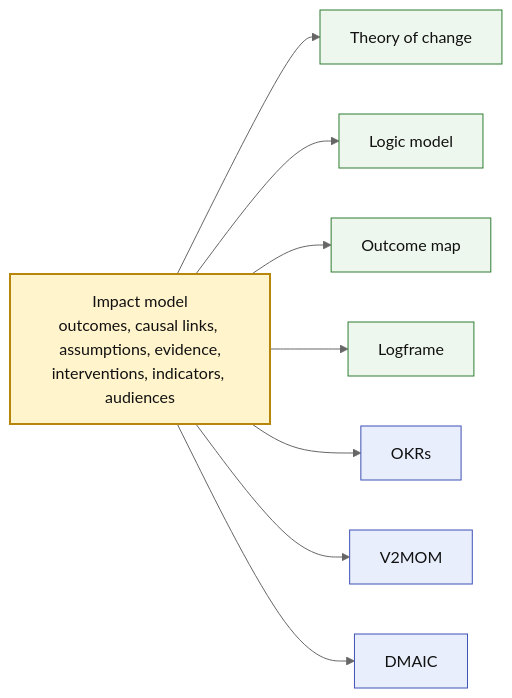
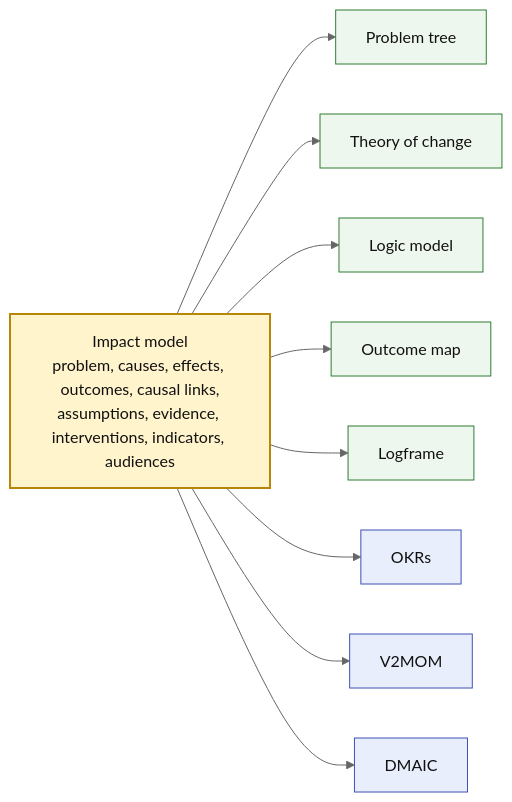
The first of 4 diagrams in README.md (ProductBuildersHQ/theoryofchange-spec), drawn with Mermaid (neutral theme) before and after one commit. The commit also changed other lines of this file and 1 other file, not shown here.

````diff
--- a/README.md
+++ b/README.md
@@ -35,16 +35,16 @@
 ```mermaid
 flowchart LR
   classDef model fill:#fff4cc,stroke:#b8860b,stroke-width:2px,color:#111
   classDef method fill:#eef7ee,stroke:#2e7d32,color:#111
   classDef strategy fill:#e8eefc,stroke:#3f51b5,color:#111
-  classDef planned fill:#f3f3f3,stroke:#757575,stroke-dasharray:4 3,color:#111
 
-  im["Impact model<br/>outcomes, causal links, assumptions, evidence,<br/>interventions, indicators, audiences"]:::model
+  im["Impact model<br/>problem, causes, effects, outcomes, causal links,<br/>assumptions, evidence, interventions, indicators, audiences"]:::model
+  im --> pt["Problem tree"]:::method
   im --> toc["Theory of change"]:::method
   im --> lm["Logic model"]:::method
   im --> om["Outcome map"]:::method
   im --> lf["Logframe"]:::method
   im --> okr["OKRs"]:::strategy
   im --> v2["V2MOM"]:::strategy
   im --> dm["DMAIC"]:::strategy
 ```
````
